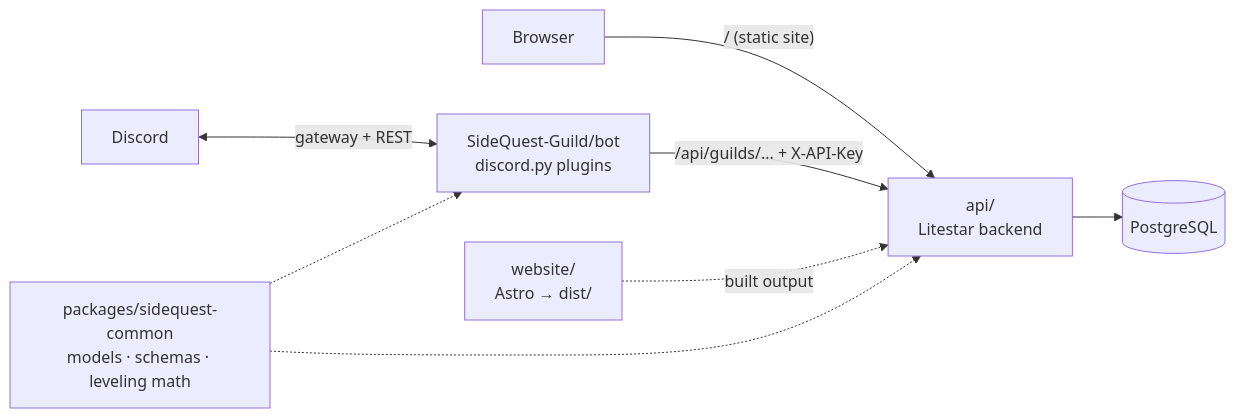
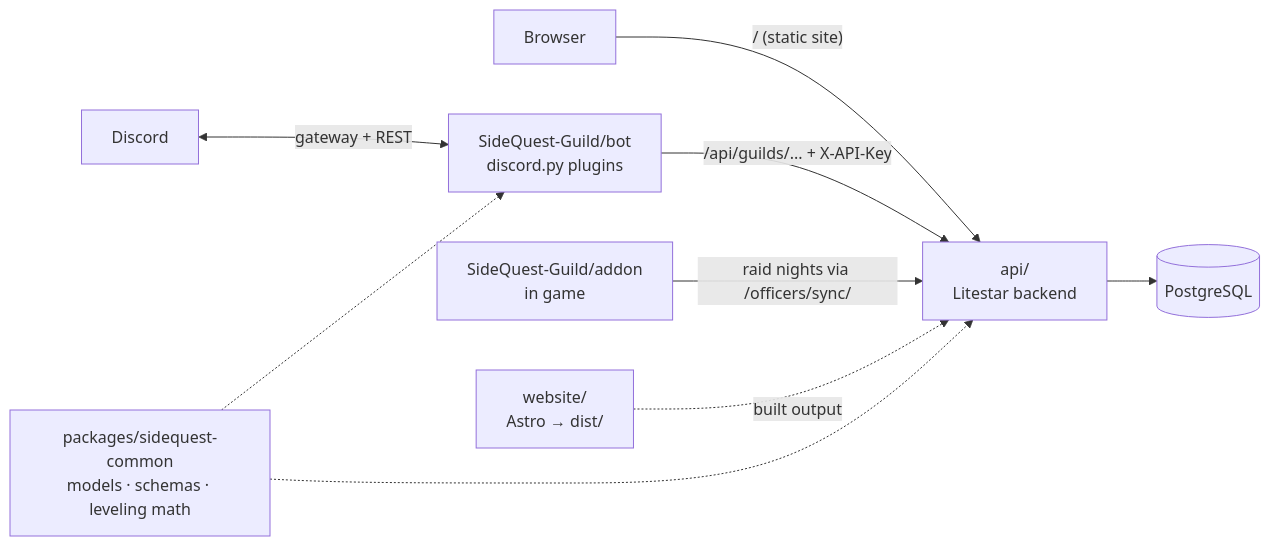
One commit to SideQuest-Guild/website changed the diagram in README.md. Above: the diagram before and after it, drawn with Mermaid. The commit also changed other lines of this file and 1 other file, not shown here.

Commit message:
docs: the README explains the site in plain words: what each page is for, how to run and check it, how the pieces talk, and how deploys work; the route list moves to /schema

````diff
--- a/README.md
+++ b/README.md
@@ -8,9 +11,10 @@
 ```mermaid
 flowchart LR
     Browser -->|"/ (static site)"| API
     Discord <-->|gateway + REST| Bot["SideQuest-Guild/bot<br/>discord.py plugins"]
     Bot -->|"/api/guilds/... + X-API-Key"| API["api/<br/>Litestar backend"]
+    Addon["SideQuest-Guild/addon<br/>in game"] -->|"raid nights via /officers/sync/"| API
     Website["website/<br/>Astro → dist/"] -.->|built output| API
     API --> DB[(PostgreSQL)]
     Common["packages/sidequest-common<br/>models · schemas · leveling math"] -.-> Bot & API
 ```
````
